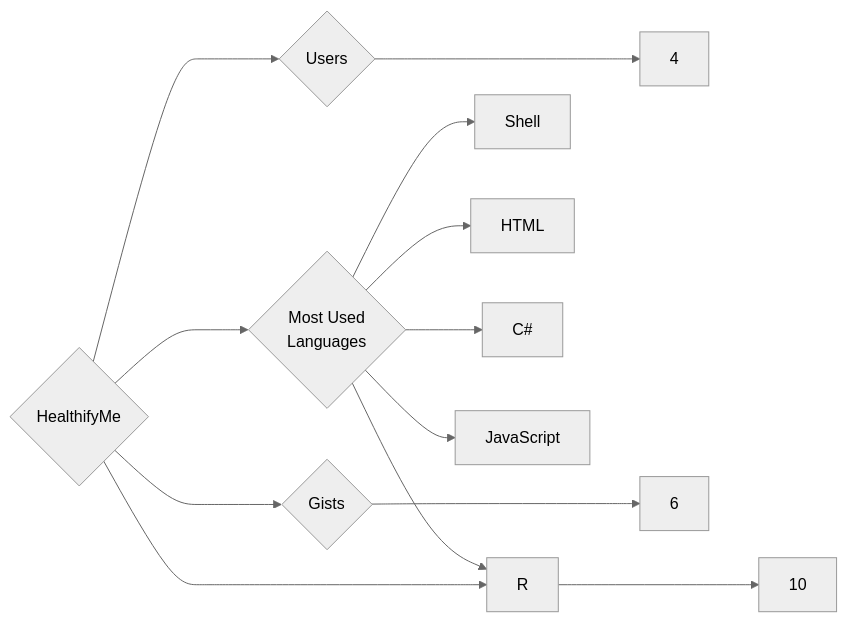
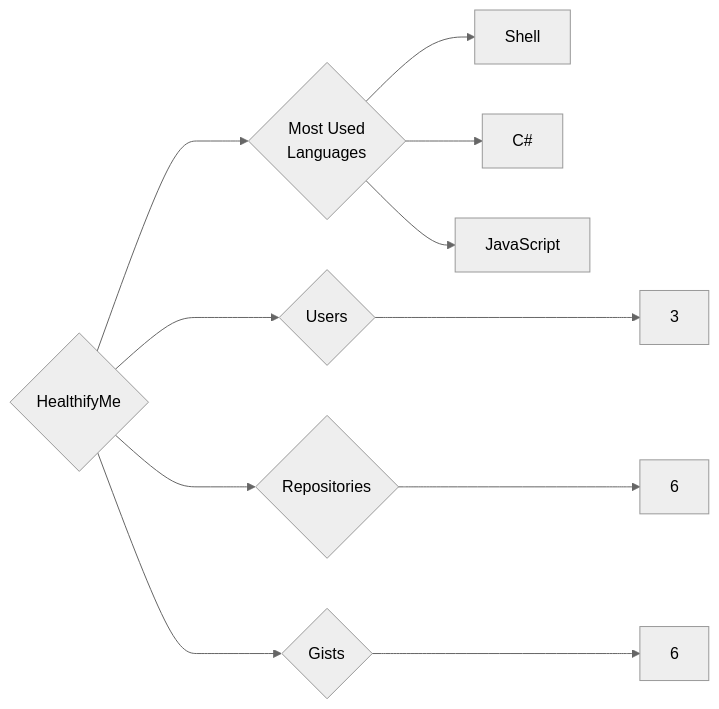
One commit to trickest/insiders changed the diagram in targets/HealthifyMe/README.md. Above: the diagram before and after it, drawn with Mermaid (neutral theme). The commit also changed 840 other files, not shown here.

````diff
--- a/targets/HealthifyMe/README.md
+++ b/targets/HealthifyMe/README.md
@@ -3,13 +3,11 @@
 ```mermaid
 graph LR
 COMPANY_NAME{HealthifyMe}
-COMPANY_NAME ---> U{Users} ---> UN[4]
-COMPANY_NAME ---> R{Repositories} ---> RN[10]
+COMPANY_NAME ---> U{Users} ---> UN[3]
+COMPANY_NAME ---> R{Repositories} ---> RN[6]
 COMPANY_NAME ---> G{Gists} ---> GN[6]
 COMPANY_NAME ---> ML{Most Used<br>Languages}
 ML --> Shell[Shell]
-ML --> HTML[HTML]
 ML --> C#[C#]
-ML --> R[R]
 ML --> JavaScript[JavaScript]
 ```
````
